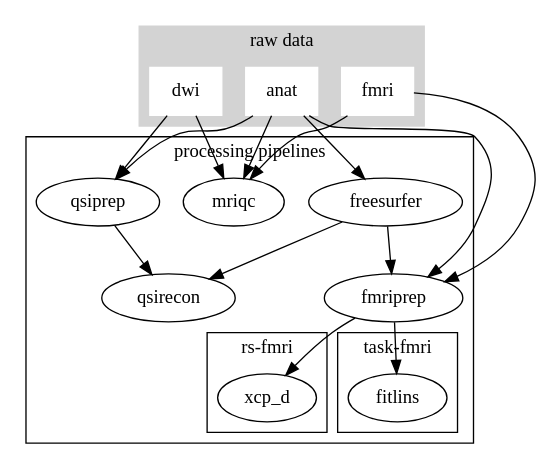
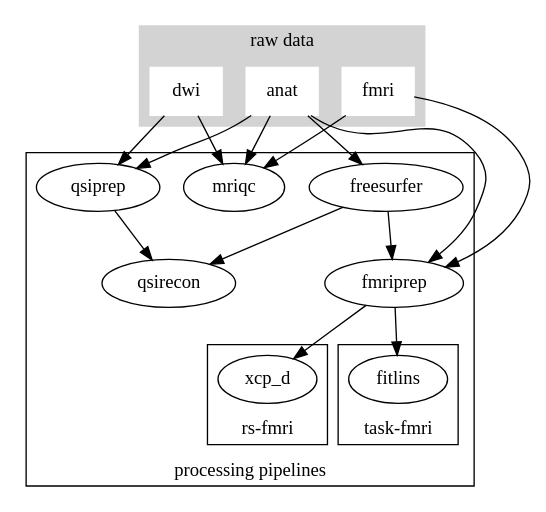
One commit to psychmedImaging/rtd-psykserver changed the diagram in docs/source/UPPMAX.rst. Above: the diagram before and after it, drawn with Graphviz.

```diff
--- a/docs/source/UPPMAX.rst
+++ b/docs/source/UPPMAX.rst
@@ -8,37 +8,40 @@
 .. graphviz::
 
    digraph {
       subgraph cluster0 {
          node [style=filled,color=white];
          style=filled;
          color=lightgrey;
          "anat" [shape=box];
          "dwi" [shape=box];
          "fmri" [shape=box];
          label = "raw data";
       }
       subgraph cluster1 {
          "anat" -> "mriqc";
          "dwi" -> "mriqc";
          "fmri" -> "mriqc";
          "fmri" -> "fmriprep";
          "anat" -> "fmriprep";
          "anat" -> "qsiprep";
          "anat" -> "freesurfer";
          "dwi" -> "qsiprep";
          "qsiprep" -> "qsirecon";
          subgraph cluster2 {
             "xcp_d";
             label = "rs-fmri";
+            labelloc=b;
          }
          "fmriprep" -> "xcp_d";
          "freesurfer" -> "fmriprep";
          "freesurfer" -> "qsirecon";
          subgraph cluster3 {
             "fitlins";
             label = "task-fmri";
+            labelloc=b;
          }
          "fmriprep" -> "fitlins";
          label = "processing pipelines";
+         labelloc=b;
       }
    }
```
